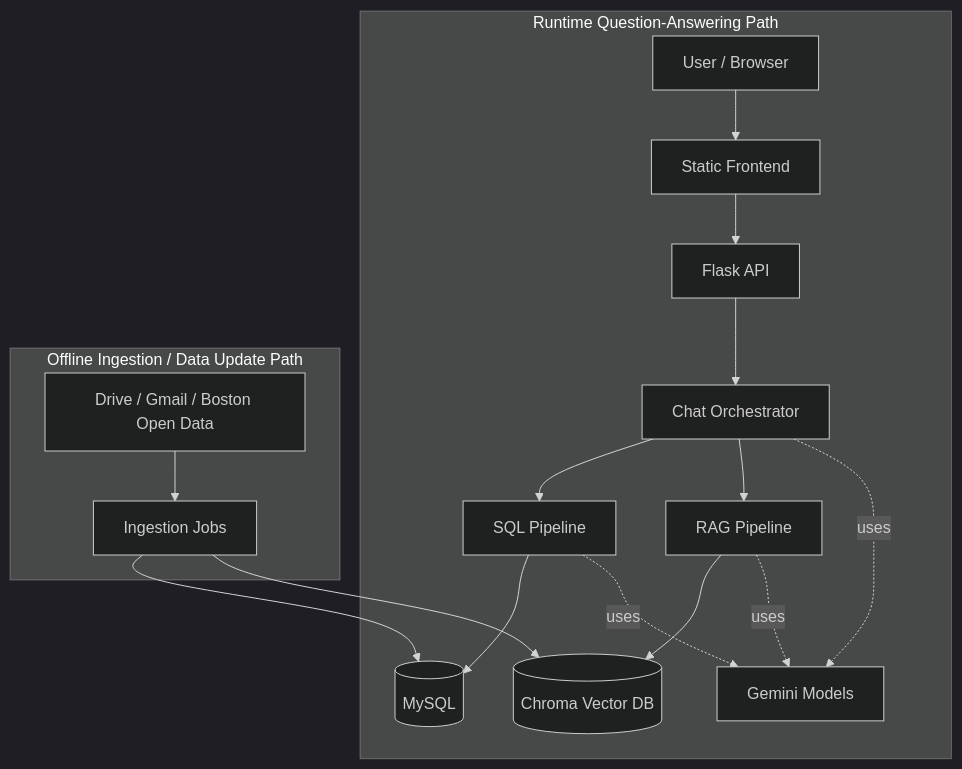
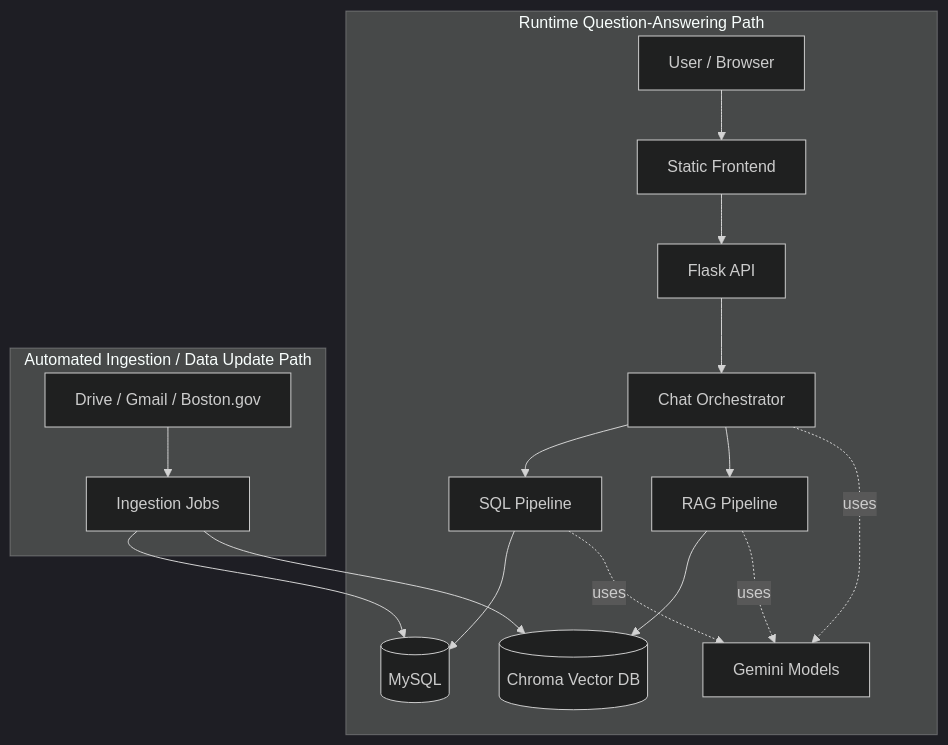
One commit to atharvg-BU/ml-misi-community-sentiment changed the first of 2 diagrams in system_design.md. Above: the diagram before and after it, drawn with Mermaid (dark theme).

````diff
--- a/system_design.md
+++ b/system_design.md
@@ -15,21 +15,21 @@
 ```mermaid
 flowchart TD
     subgraph Runtime["Runtime Question-Answering Path"]
         A[User / Browser] --> B[Static Frontend]
         B --> C[Flask API]
         C --> D[Chat Orchestrator]
         D --> E[SQL Pipeline]
         D --> F[RAG Pipeline]
         E --> G[(MySQL)]
         F --> H[(Chroma Vector DB)]
         D -.uses.-> I[Gemini Models]
         E -.uses.-> I
         F -.uses.-> I
     end
 
-    subgraph Ingestion["Offline Ingestion / Data Update Path"]
-        K[Drive / Gmail / Boston Open Data] --> J[Ingestion Jobs]
+    subgraph Ingestion["Automated Ingestion / Data Update Path"]
+        K[Drive / Gmail / Boston.gov] --> J[Ingestion Jobs]
         J --> G
         J --> H
     end
 ```
````
